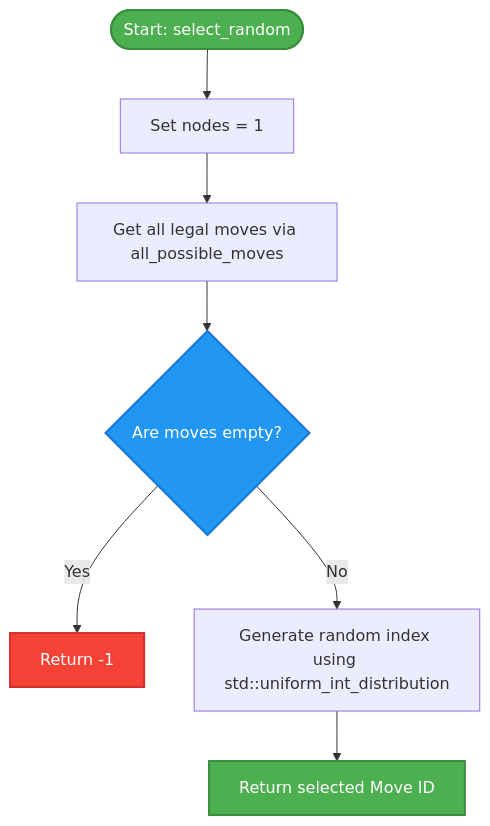
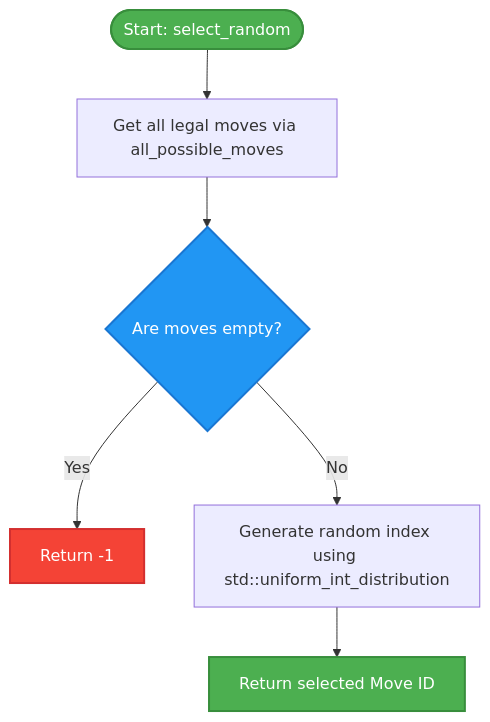
Before and after one commit to hamedzurat/kribu: the diagram in doc/random_player.md, drawn with Mermaid. The commit also changed other lines of this file and 24 other files, not shown here.

````diff
--- a/doc/random_player.md
+++ b/doc/random_player.md
@@ -31,15 +31,14 @@
 ```mermaid
 flowchart TD
-    Start([Start: select_random]) --> InitNodes[Set nodes = 1]
-    InitNodes --> GenMoves[Get all legal moves via all_possible_moves]
+    Start([Start: select_random]) --> GenMoves[Get all legal moves via all_possible_moves]
     GenMoves --> CheckEmpty{Are moves empty?}
 
     CheckEmpty -- Yes --> ReturnNoMove[Return -1]
     CheckEmpty -- No --> SelectIndex[Generate random index using std::uniform_int_distribution]
     SelectIndex --> ReturnMove[Return selected Move ID]
 
     style Start fill:#4CAF50,stroke:#388E3C,stroke-width:2px,color:#fff
     style CheckEmpty fill:#2196F3,stroke:#1976D2,stroke-width:2px,color:#fff
     style ReturnNoMove fill:#F44336,stroke:#D32F2F,stroke-width:2px,color:#fff
     style ReturnMove fill:#4CAF50,stroke:#388E3C,stroke-width:2px,color:#fff
 ```
````
